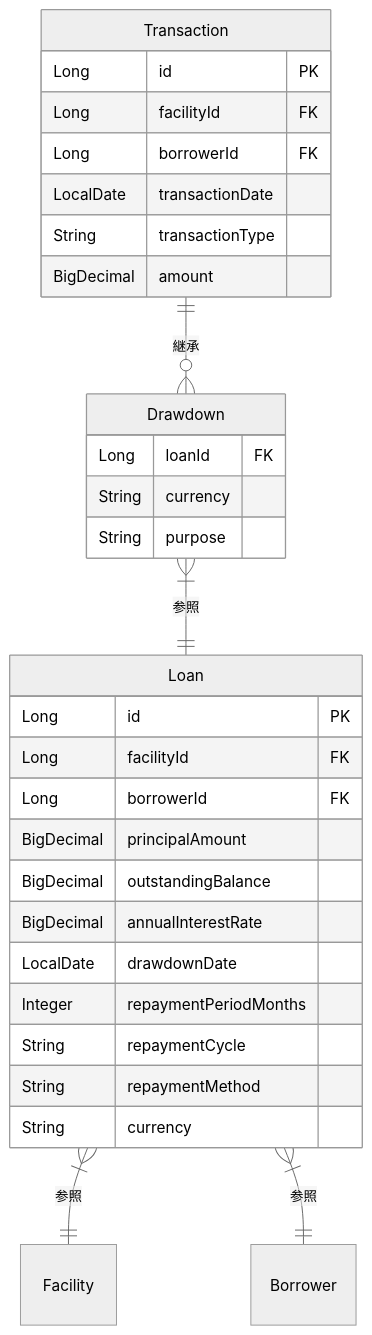
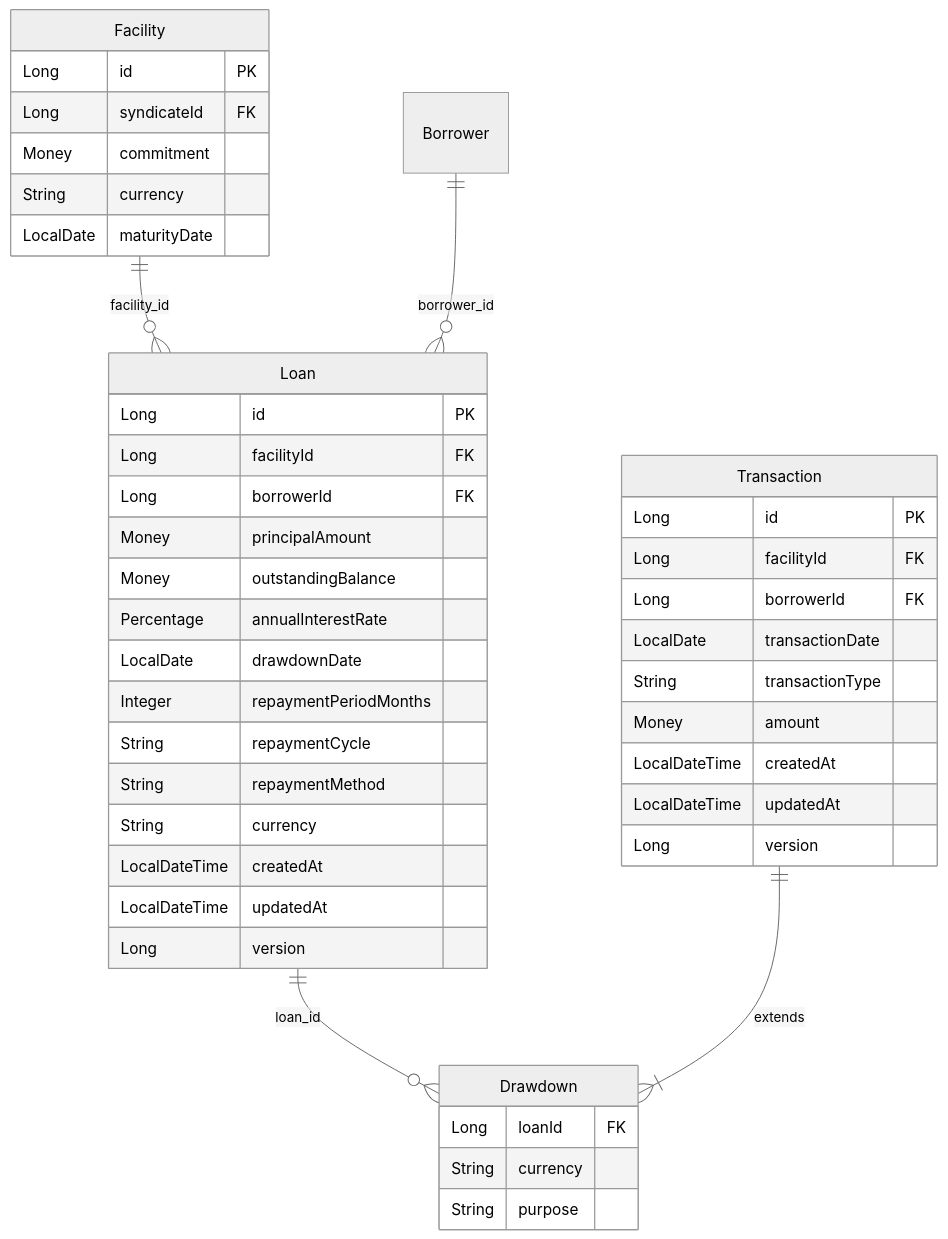
The second of 2 diagrams in docs/create-drawdown.md (tis-abe-akira/ddd-ai-bbom), drawn with Mermaid (neutral theme) before and after one commit. The commit also changed other lines of this file and 6 other files, not shown here.

Commit message:
Remove CLAUDE.md and update README.md with project overview, architecture, and API specifications. Revise create-drawdown.md and create-facility.md to reflect changes in processing flows and error handling strategies. Enhance documentation clarity and align with current implementation practices.

````diff
--- a/docs/create-drawdown.md
+++ b/docs/create-drawdown.md
@@ -135,36 +202,50 @@
 ```mermaid
 erDiagram
-    Transaction ||--o{ Drawdown : "継承"
-    Drawdown }|--|| Loan : "参照"
-    Loan }|--|| Facility : "参照"
-    Loan }|--|| Borrower : "参照"
+    Facility ||--o{ Loan : "facility_id"
+    Borrower ||--o{ Loan : "borrower_id"
+    Loan ||--o{ Drawdown : "loan_id"
+    Transaction ||--|{ Drawdown : "extends"
+    
+    Facility {
+        Long id PK
+        Long syndicateId FK
+        Money commitment
+        String currency
+        LocalDate maturityDate
+    }
+    
+    Loan {
+        Long id PK
+        Long facilityId FK
+        Long borrowerId FK
+        Money principalAmount
+        Money outstandingBalance
+        Percentage annualInterestRate
+        LocalDate drawdownDate
+        Integer repaymentPeriodMonths
+        String repaymentCycle
+        String repaymentMethod
+        String currency
+        LocalDateTime createdAt
+        LocalDateTime updatedAt
+        Long version
+    }
     
     Transaction {
         Long id PK
         Long facilityId FK
         Long borrowerId FK
         LocalDate transactionDate
         String transactionType
-        BigDecimal amount
+        Money amount
+        LocalDateTime createdAt
+        LocalDateTime updatedAt
+        Long version
     }
     
     Drawdown {
         Long loanId FK
         String currency
         String purpose
     }
-    
-    Loan {
-        Long id PK
-        Long facilityId FK
-        Long borrowerId FK
-        BigDecimal principalAmount
-        BigDecimal outstandingBalance
-        BigDecimal annualInterestRate
-        LocalDate drawdownDate
-        Integer repaymentPeriodMonths
-        String repaymentCycle
-        String repaymentMethod
-        String currency
-    }
 ```
````
